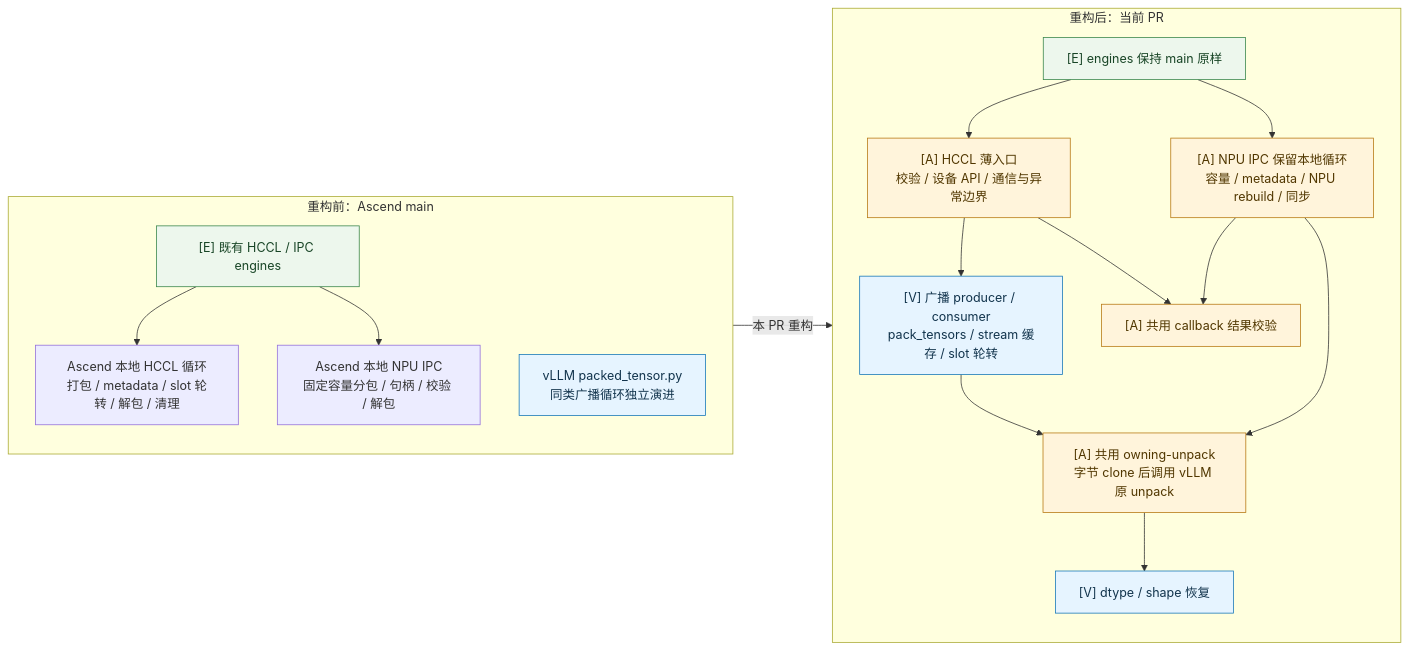
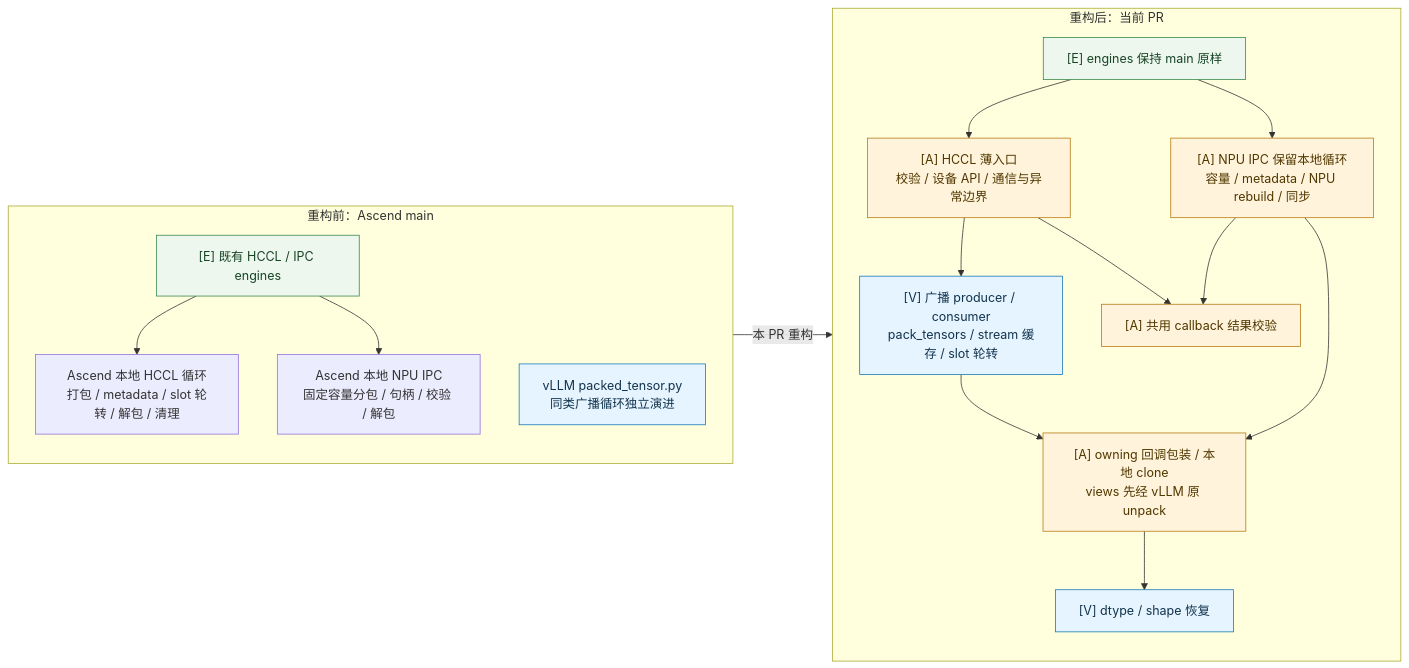
Before and after one commit to Liccol/ref-doc: the first of 9 diagrams in vllm/weight-transfer/packed-tensor-design.md, drawn with Mermaid. The commit also changed other lines of this file and 3 other files, not shown here.

First line of the commit message:
docs: redesign owning storage via post-unpack wrapper v1.0.7

````diff
--- a/vllm/weight-transfer/packed-tensor-design.md
+++ b/vllm/weight-transfer/packed-tensor-design.md
@@ -99,27 +99,27 @@
 ```mermaid
 flowchart LR
     subgraph Before[重构前：Ascend main]
         direction TB
         E0["[E] 既有 HCCL / IPC engines"] --> H0["Ascend 本地 HCCL 循环<br/>打包 / metadata / slot 轮转 / 解包 / 清理"]
         E0 --> I0["Ascend 本地 NPU IPC<br/>固定容量分包 / 句柄 / 校验 / 解包"]
         V0["vLLM packed_tensor.py<br/>同类广播循环独立演进"]
     end
     subgraph After[重构后：当前 PR]
         direction TB
         E1["[E] engines 保持 main 原样"] --> H1["[A] HCCL 薄入口<br/>校验 / 设备 API / 通信与异常边界"]
         H1 --> V1["[V] 广播 producer / consumer<br/>pack_tensors / stream 缓存 / slot 轮转"]
         E1 --> I1["[A] NPU IPC 保留本地循环<br/>容量 / metadata / NPU rebuild / 同步"]
         H1 --> C1["[A] 共用 callback 结果校验"]
         I1 --> C1
-        V1 --> U1["[A] 共用 owning-unpack<br/>字节 clone 后调用 vLLM 原 unpack"]
+        V1 --> U1["[A] owning 回调包装 / 本地 clone<br/>views 先经 vLLM 原 unpack"]
         I1 --> U1
         U1 --> V2["[V] dtype / shape 恢复"]
     end
     Before -->|本 PR 重构| After
     classDef reused fill:#e6f4ff,stroke:#1677b8,color:#12344d
     classDef adapted fill:#fff4db,stroke:#b77913,color:#513700
     classDef existing fill:#edf7ed,stroke:#39864b,color:#184526
     class V0,V1,V2 reused
     class H1,I1,C1,U1 adapted
     class E0,E1 existing
 ```
````
